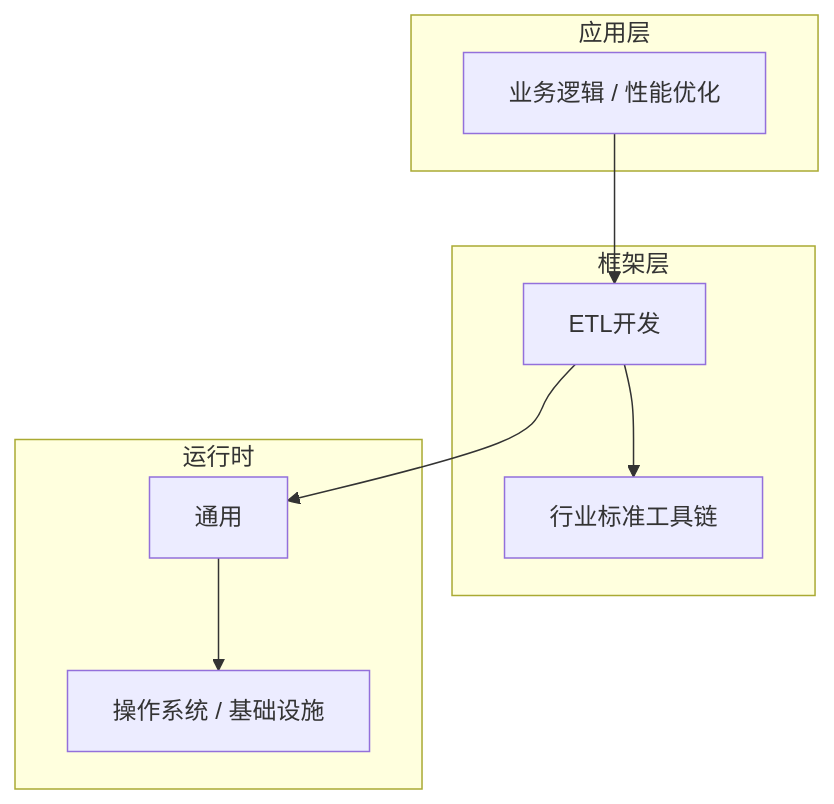
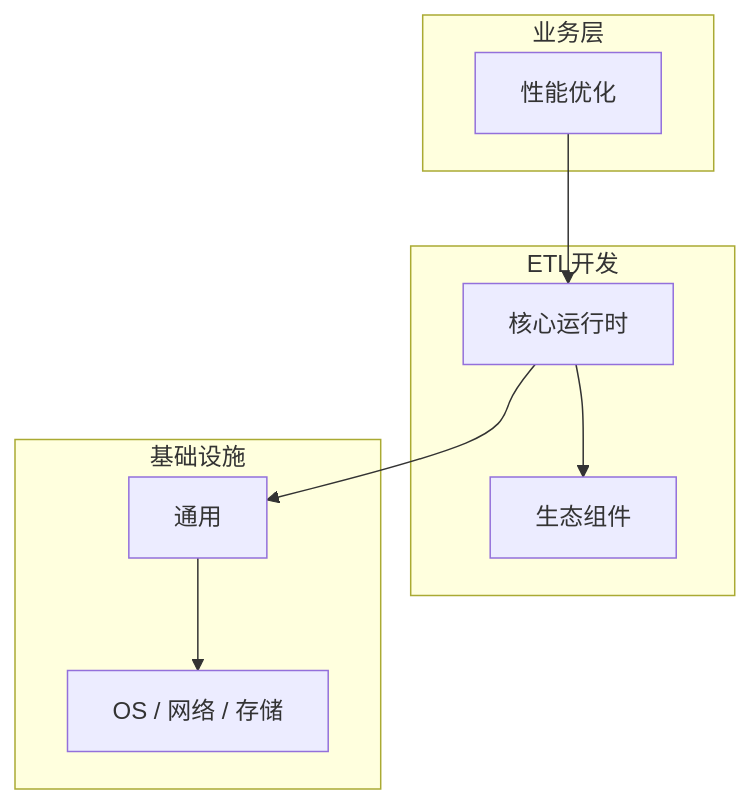
The diagram in articles/ETL开发/chapters/046-性能优化核心概念与原理.md (yanggan2015/knowledge-json-v2), drawn with Mermaid before and after one commit. The commit also changed other lines of this file and 10127 other files, not shown here.

````diff
--- a/articles/ETL开发/chapters/046-性能优化核心概念与原理.md
+++ b/articles/ETL开发/chapters/046-性能优化核心概念与原理.md
@@ -45,18 +34,18 @@
 ```mermaid
 graph TB
-    subgraph 应用层
-        A[业务逻辑 / 性能优化]
+    subgraph 业务层
+        A[性能优化]
     end
-    subgraph 框架层
-        B[ETL开发]
-        C[行业标准工具链]
+    subgraph ETL开发
+        B[核心运行时]
+        C[生态组件]
     end
-    subgraph 运行时
+    subgraph 基础设施
         D[通用]
-        E[操作系统 / 基础设施]
+        E[OS / 网络 / 存储]
     end
     A --> B
     B --> C
     B --> D
     D --> E
 ```
````
